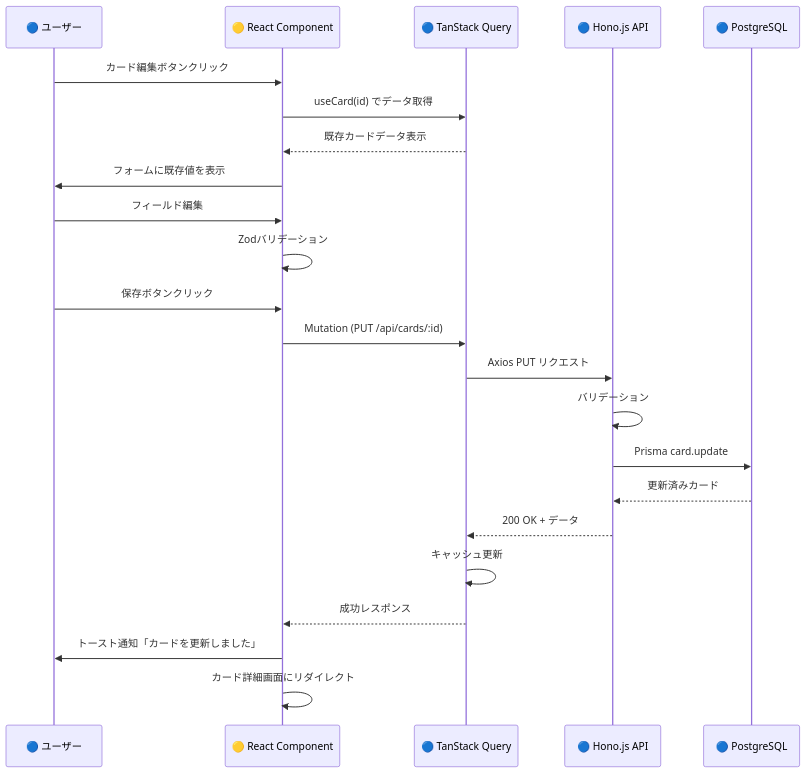
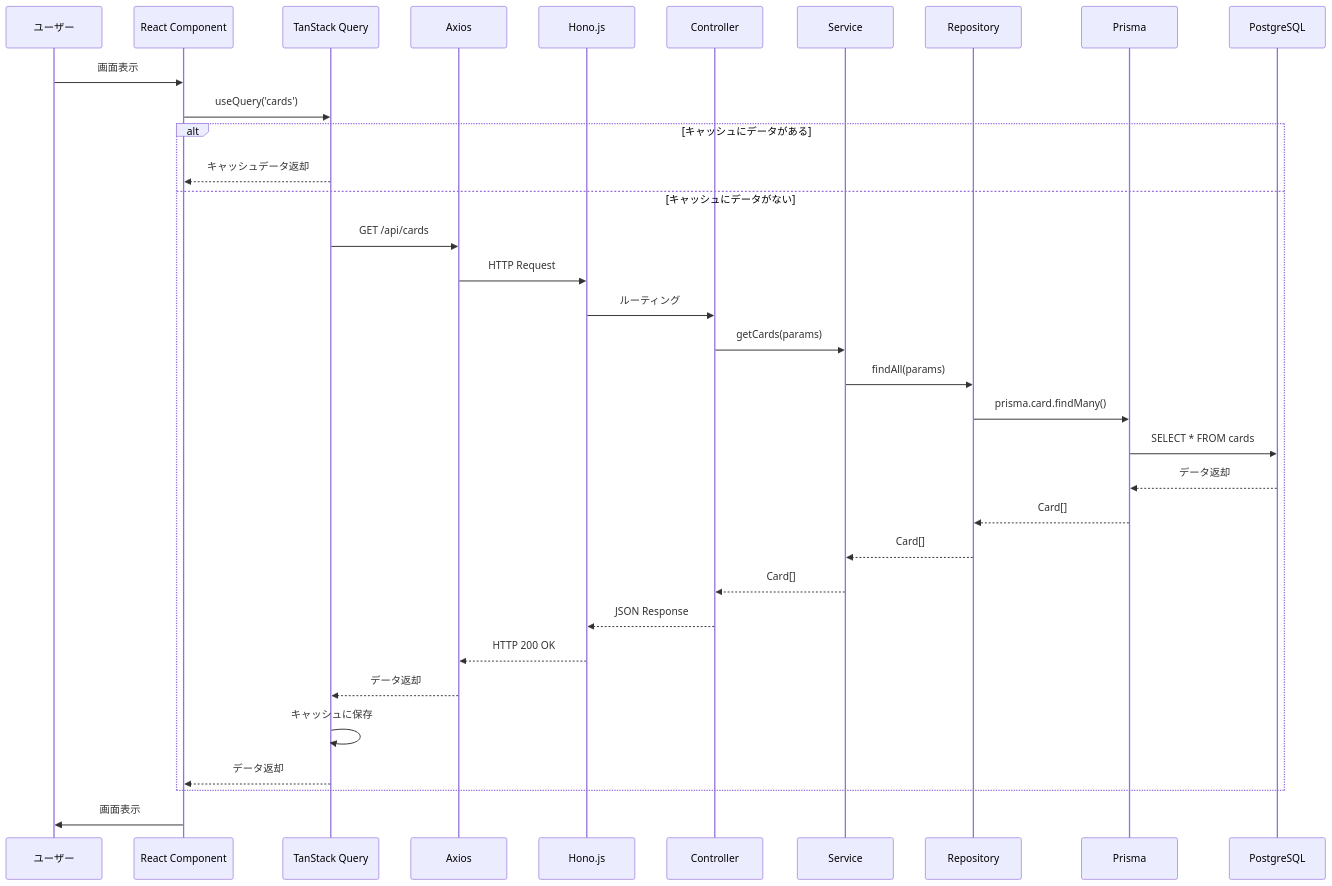
One commit to yaguma/atelier_resource_management changed the second of 10 diagrams in docs/design/resource-management-webapp/dataflow.md. Above: the diagram before and after it, drawn with Mermaid. The commit also changed other lines of this file and 8 other files, not shown here.

````diff
--- a/docs/design/resource-management-webapp/dataflow.md
+++ b/docs/design/resource-management-webapp/dataflow.md
@@ -136,28 +39,37 @@
 ```mermaid
 sequenceDiagram
-    participant U as 🔵 ユーザー
-    participant UI as 🟡 React Component
-    participant TQ as 🔵 TanStack Query
-    participant API as 🔵 Hono.js API
-    participant DB as 🔵 PostgreSQL
+    participant U as ユーザー
+    participant C as React Component
+    participant Q as TanStack Query
+    participant A as Axios
+    participant H as Hono.js
+    participant Ctrl as Controller
+    participant Svc as Service
+    participant Repo as Repository
+    participant P as Prisma
+    participant DB as PostgreSQL
 
-    U->>UI: カード編集ボタンクリック
-    UI->>TQ: useCard(id) でデータ取得
-    TQ-->>UI: 既存カードデータ表示
-    UI->>U: フォームに既存値を表示
-
-    U->>UI: フィールド編集
-    UI->>UI: Zodバリデーション
-
-    U->>UI: 保存ボタンクリック
-    UI->>TQ: Mutation (PUT /api/cards/:id)
-    TQ->>API: Axios PUT リクエスト
-    API->>API: バリデーション
-    API->>DB: Prisma card.update
-    DB-->>API: 更新済みカード
-    API-->>TQ: 200 OK + データ
-    TQ->>TQ: キャッシュ更新
-    TQ-->>UI: 成功レスポンス
-    UI->>U: トースト通知「カードを更新しました」
-    UI->>UI: カード詳細画面にリダイレクト
+    U->>C: 画面表示
+    C->>Q: useQuery('cards')
+    alt キャッシュにデータがある
+        Q-->>C: キャッシュデータ返却
+    else キャッシュにデータがない
+        Q->>A: GET /api/cards
+        A->>H: HTTP Request
+        H->>Ctrl: ルーティング
+        Ctrl->>Svc: getCards(params)
+        Svc->>Repo: findAll(params)
+        Repo->>P: prisma.card.findMany()
+        P->>DB: SELECT * FROM cards
+        DB-->>P: データ返却
+        P-->>Repo: Card[]
+        Repo-->>Svc: Card[]
+        Svc-->>Ctrl: Card[]
+        Ctrl-->>H: JSON Response
+        H-->>A: HTTP 200 OK
+        A-->>Q: データ返却
+        Q->>Q: キャッシュに保存
+        Q-->>C: データ返却
+    end
+    C->>U: 画面表示
 ```
````
